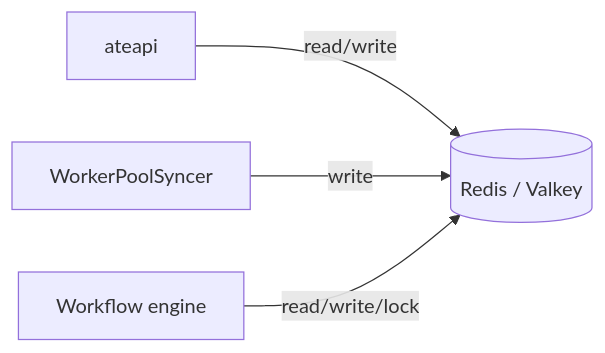
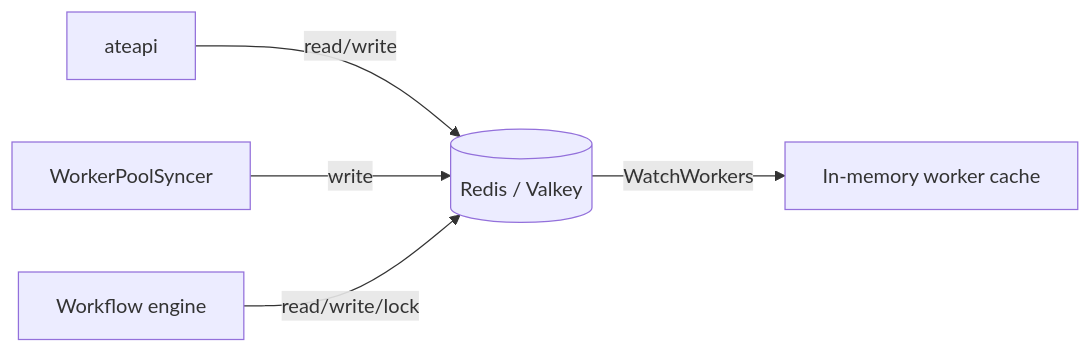
One commit to christian-posta/substrate changed the first of 2 diagrams in atlas/src/content/docs/components/storage.mdx. Above: the diagram before and after it, drawn with Mermaid. The commit also changed other lines of this file and 28 other files, not shown here.

````diff
--- a/atlas/src/content/docs/components/storage.mdx
+++ b/atlas/src/content/docs/components/storage.mdx
@@ -14,8 +18,9 @@
 ```mermaid
 flowchart LR
   API[ateapi] -- read/write --> R[(Redis / Valkey)]
   SYNC[WorkerPoolSyncer] -- write --> R
   WF[Workflow engine] -- read/write/lock --> R
+  R -- WatchWorkers --> WC[In-memory worker cache]
 
   click API "/components/ateapi/" "ateapi"
 ```
````
